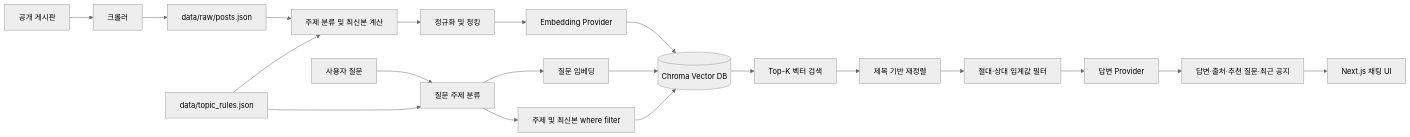
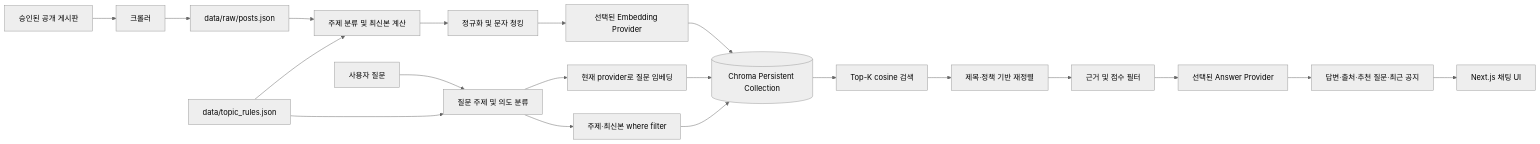
One commit to SeongHuni/Kumoh_SE_Mentoring_Bot changed the diagram in docs/rag/overview.md. Above: the diagram before and after it, drawn with Mermaid (neutral theme). The commit also changed other lines of this file and 5 other files, not shown here.

Commit message:
docs: align rag architecture with runtime safeguards

````diff
--- a/docs/rag/overview.md
+++ b/docs/rag/overview.md
@@ -19,22 +14,22 @@
 ```mermaid
 flowchart LR
-    A[공개 게시판] --> B[크롤러]
+    A[승인된 공개 게시판] --> B[크롤러]
     B --> C[data/raw/posts.json]
     C --> TC[주제 분류 및 최신본 계산]
     TR[data/topic_rules.json] --> TC
-    TC --> D[정규화 및 청킹]
-    D --> E[Embedding Provider]
-    E --> F[(Chroma Vector DB)]
-    Q[사용자 질문] --> QT[질문 주제 분류]
-    TR --> QT
-    QT --> QE[질문 임베딩]
+    TC --> D[정규화 및 문자 청킹]
+    D --> E[선택된 Embedding Provider]
+    E --> F[(Chroma Persistent Collection)]
+    Q[사용자 질문] --> QC[질문 주제 및 의도 분류]
+    TR --> QC
+    QC --> QE[현재 provider로 질문 임베딩]
     QE --> F
-    QT --> WF[주제 및 최신본 where filter]
+    QC --> WF[주제·최신본 where filter]
     WF --> F
-    F --> R[Top-K 벡터 검색]
-    R --> RR[제목 기반 재정렬]
-    RR --> T[절대·상대 임계값 필터]
-    T --> G[답변 Provider]
-    G --> API[답변·출처·추천 질문·최근 공지]
+    F --> R[Top-K cosine 검색]
+    R --> RR[제목·정책 기반 재정렬]
+    RR --> G[근거 및 점수 필터]
+    G --> A1[선택된 Answer Provider]
+    A1 --> API[답변·출처·추천 질문·최근 공지]
     API --> UI[Next.js 채팅 UI]
 ```
````
